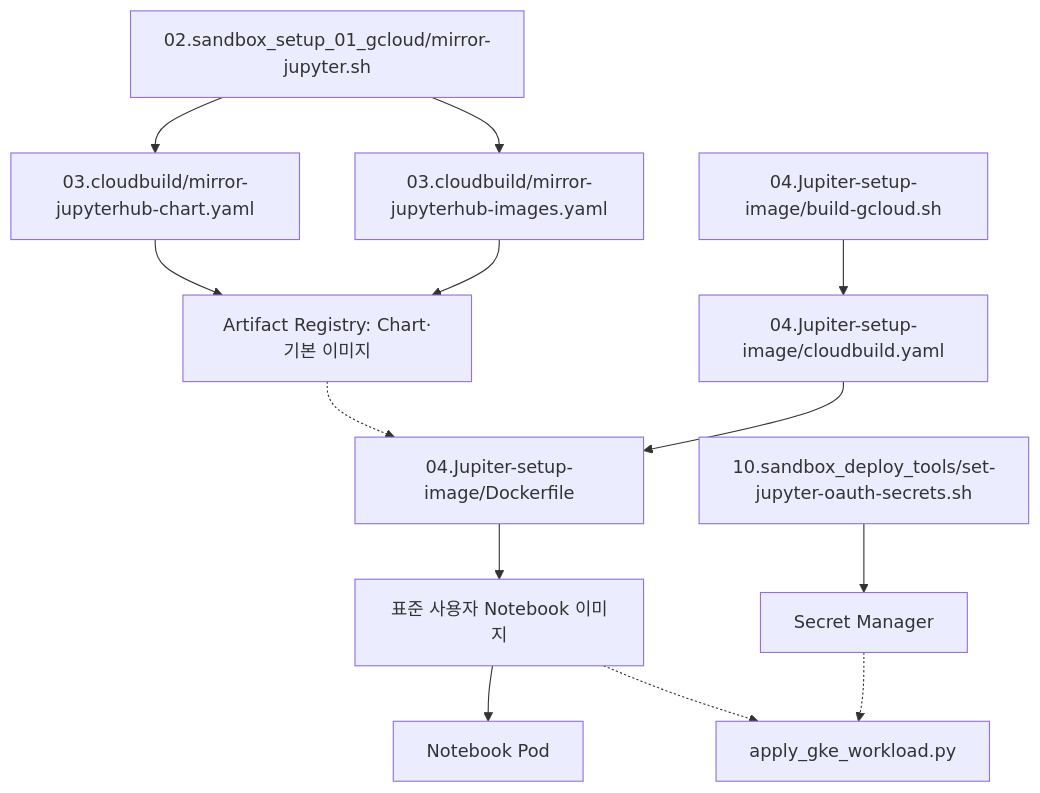
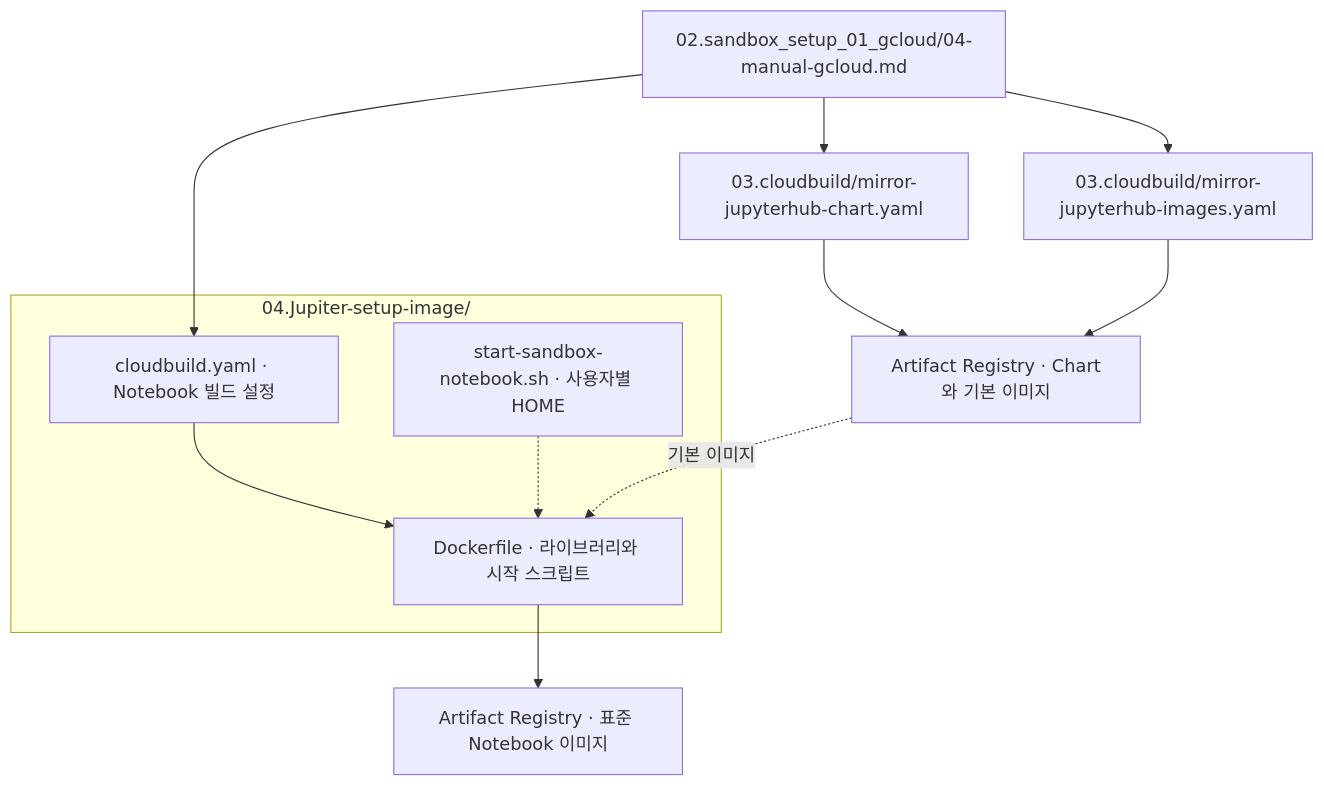
One commit to sonmap/GCP_SBX_Test01 changed the third of 6 diagrams in 01.docs/file-relationships.md. Above: the diagram before and after it, drawn with Mermaid. The commit also changed other lines of this file and 1 other file, not shown here.

````diff
--- a/01.docs/file-relationships.md
+++ b/01.docs/file-relationships.md
@@ -63,15 +60,19 @@
 ```mermaid
 flowchart TD
-  M["02.sandbox_setup_01_gcloud/mirror-jupyter.sh"] --> MC["03.cloudbuild/mirror-jupyterhub-chart.yaml"]
-  M --> MI["03.cloudbuild/mirror-jupyterhub-images.yaml"]
-  MC --> AR["Artifact Registry: Chart·기본 이미지"]
-  MI --> AR
-  AR -.-> JD["04.Jupiter-setup-image/Dockerfile"]
-  JB["04.Jupiter-setup-image/build-gcloud.sh"] --> JY["04.Jupiter-setup-image/cloudbuild.yaml"]
-  JY --> JD
-  JD --> IMG["표준 사용자 Notebook 이미지"]
-  IMG --> POD["Notebook Pod"]
-  SEC["10.sandbox_deploy_tools/set-jupyter-oauth-secrets.sh"] --> SM["Secret Manager"]
-  SM -.-> K["apply_gke_workload.py"]
-  IMG -.-> K
+    OP["02.sandbox_setup_01_gcloud/04-manual-gcloud.md"]
+    CH["03.cloudbuild/mirror-jupyterhub-chart.yaml"]
+    MI["03.cloudbuild/mirror-jupyterhub-images.yaml"]
+    AR["Artifact Registry · Chart와 기본 이미지"]
+    OP --> CH --> AR
+    OP --> MI --> AR
+    subgraph NB["04.Jupiter-setup-image/"]
+      CB["cloudbuild.yaml · Notebook 빌드 설정"]
+      DF["Dockerfile · 라이브러리와 시작 스크립트"]
+      SH["start-sandbox-notebook.sh · 사용자별 HOME"]
+      CB --> DF
+      SH -.-> DF
+    end
+    OP --> CB
+    AR -. "기본 이미지" .-> DF
+    DF --> OUT["Artifact Registry · 표준 Notebook 이미지"]
 ```
````
